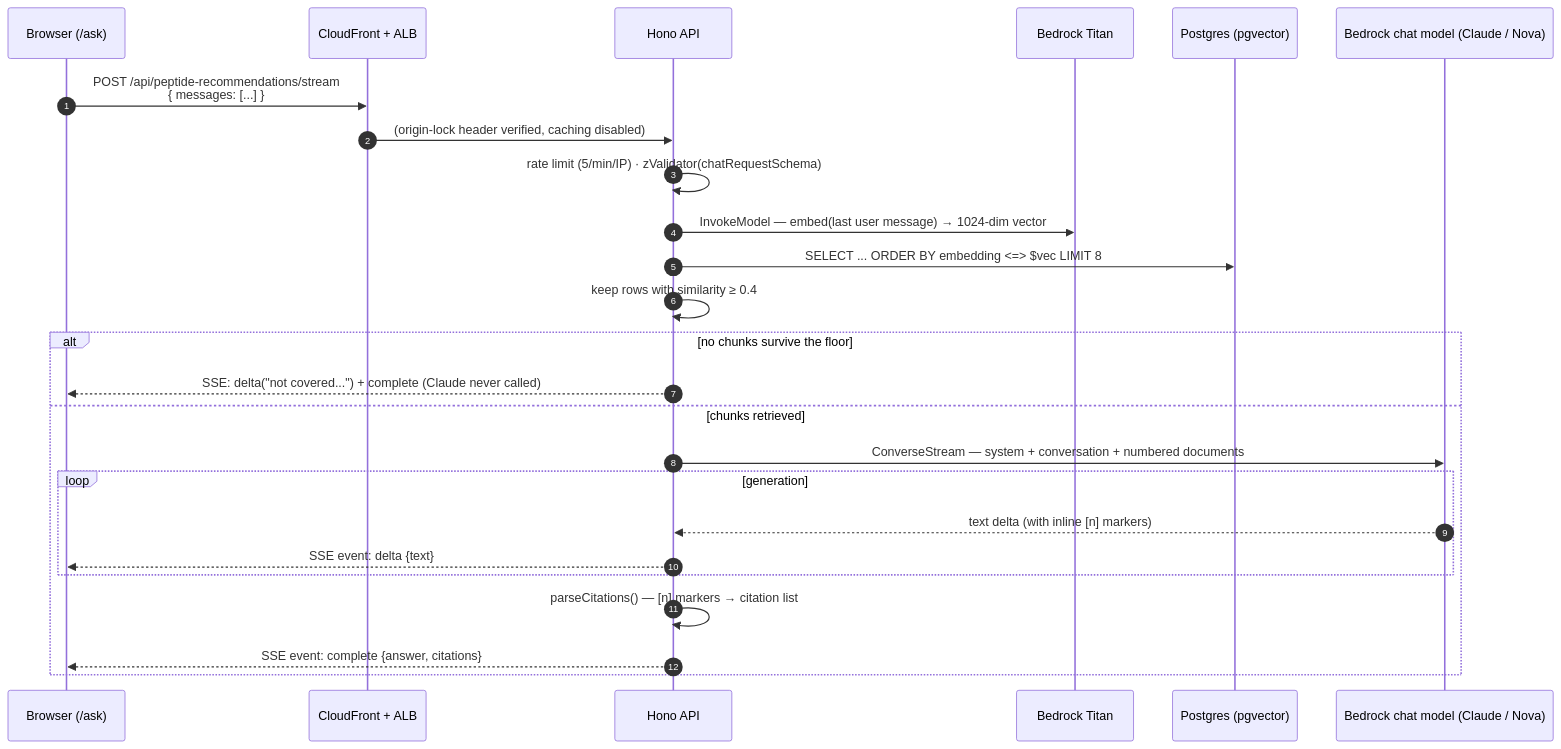
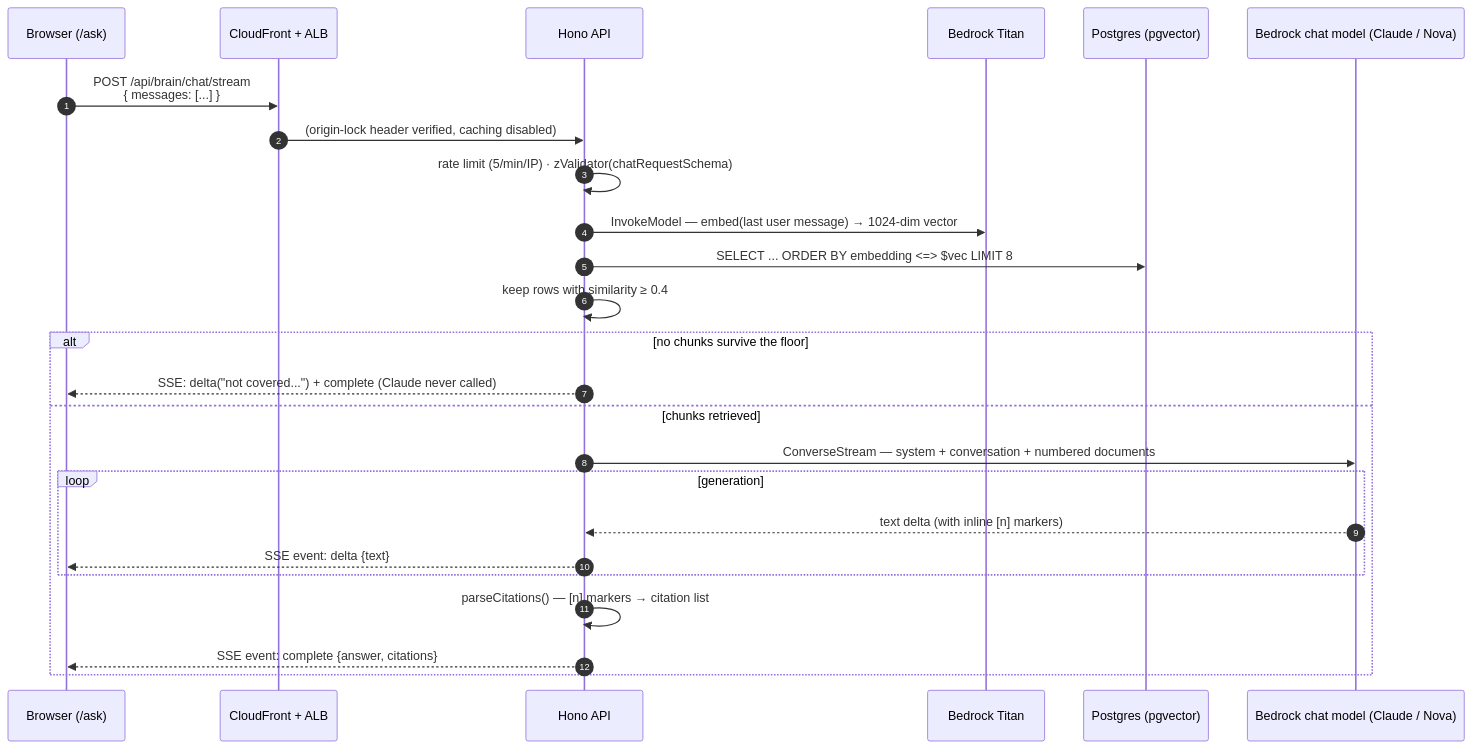
One commit to Joice-Health/Joice changed the first of 2 diagrams in docs/rag/04-query-flow.md. Above: the diagram before and after it, drawn with Mermaid. The commit also changed other lines of this file and 95 other files, not shown here.

````diff
--- a/docs/rag/04-query-flow.md
+++ b/docs/rag/04-query-flow.md
@@ -5,29 +5,29 @@
 ```mermaid
 sequenceDiagram
     autonumber
     participant B as Browser (/ask)
     participant CF as CloudFront + ALB
     participant API as Hono API
     participant T as Bedrock Titan
     participant PG as Postgres (pgvector)
     participant C as Bedrock chat model (Claude / Nova)
 
-    B->>CF: POST /api/peptide-recommendations/stream<br/>{ messages: [...] }
+    B->>CF: POST /api/brain/chat/stream<br/>{ messages: [...] }
     CF->>API: (origin-lock header verified, caching disabled)
     API->>API: rate limit (5/min/IP) · zValidator(chatRequestSchema)
     API->>T: InvokeModel — embed(last user message) → 1024-dim vector
     API->>PG: SELECT ... ORDER BY embedding <=> $vec LIMIT 8
     API->>API: keep rows with similarity ≥ 0.4
 
     alt no chunks survive the floor
         API-->>B: SSE: delta("not covered...") + complete (Claude never called)
     else chunks retrieved
         API->>C: ConverseStream — system + conversation + numbered documents
         loop generation
             C-->>API: text delta (with inline [n] markers)
             API-->>B: SSE event: delta {text}
         end
         API->>API: parseCitations() — [n] markers → citation list
         API-->>B: SSE event: complete {answer, citations}
     end
 ```
````
